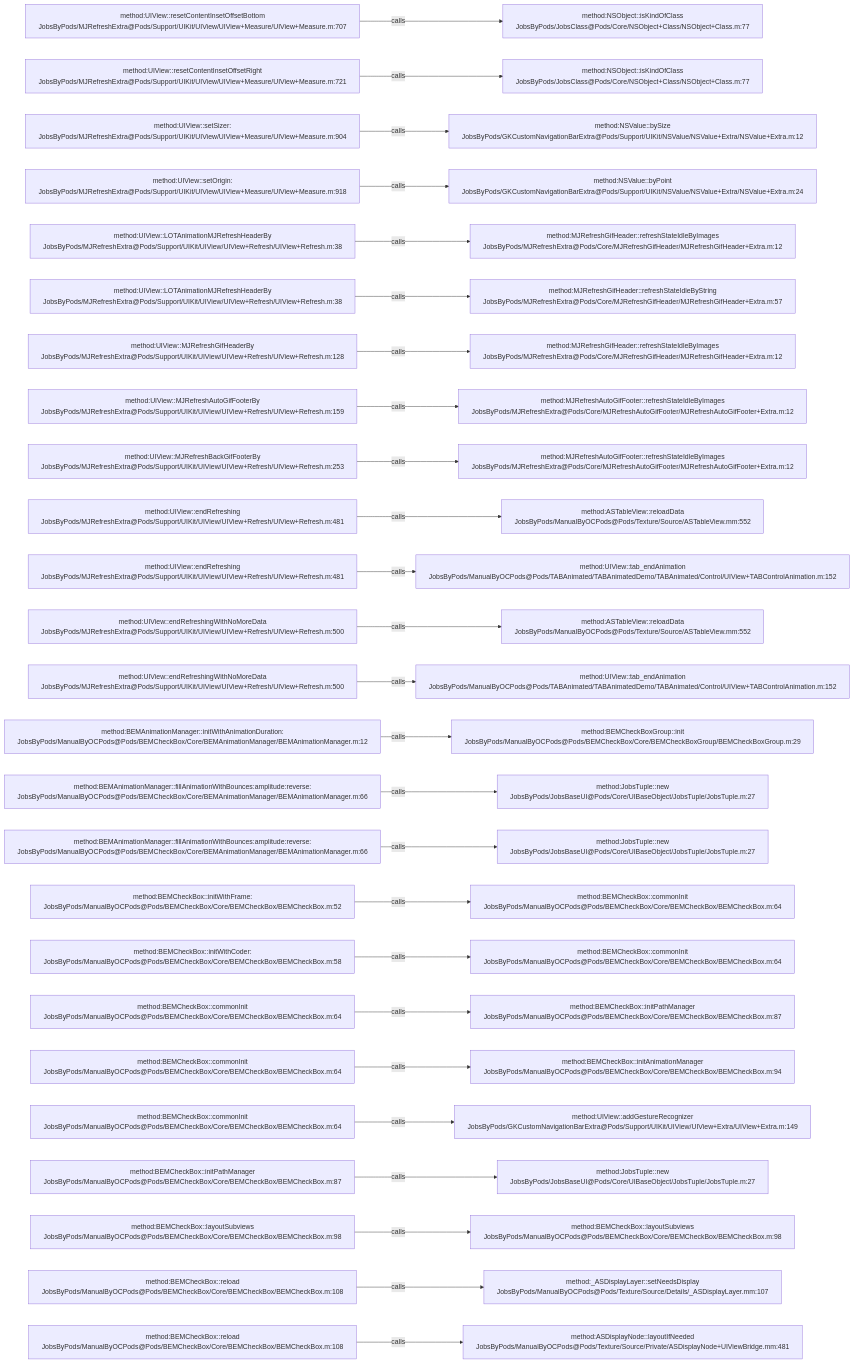
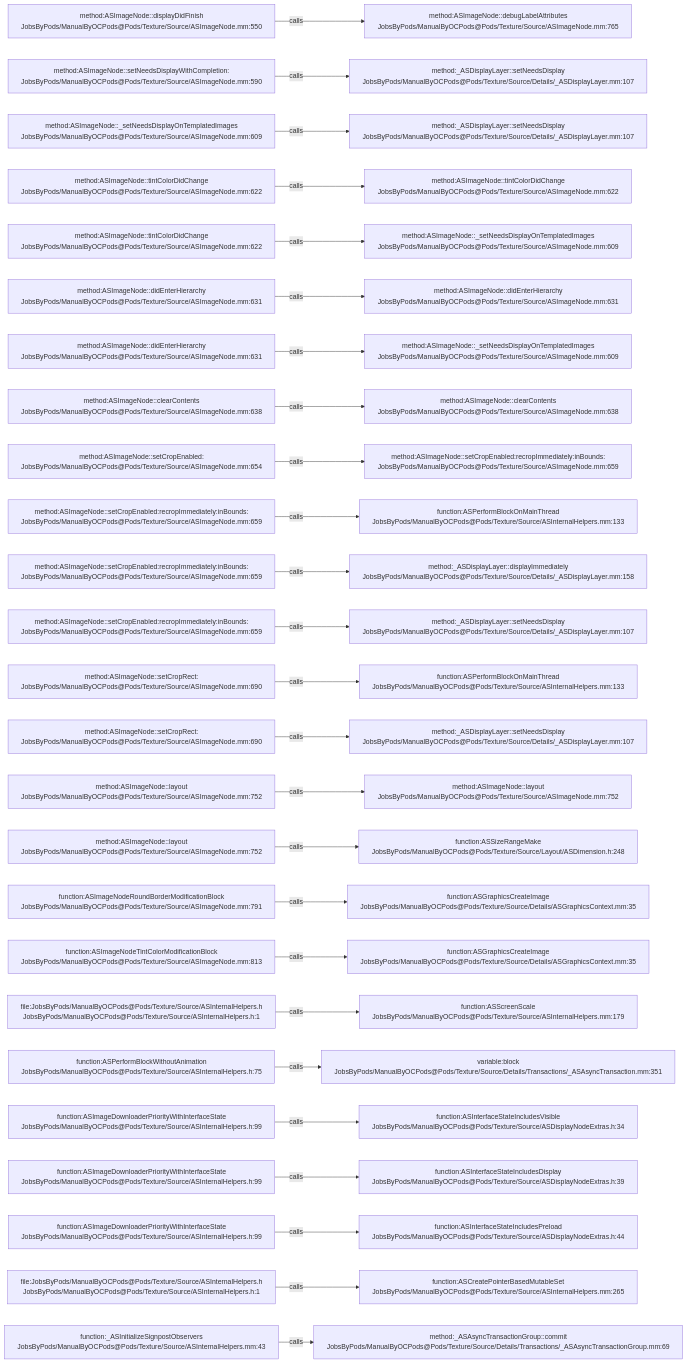
Before and after one commit to JobsKits/JobsOCBaseConfigDemo: the diagram in .codegraph/codegraph.md/graphs/calls-118.md, drawn with Mermaid. The commit also changed 2162 other files, not shown here.

````diff
--- a/.codegraph/codegraph.md/graphs/calls-118.md
+++ b/.codegraph/codegraph.md/graphs/calls-118.md
@@ -13,78 +13,78 @@
 ```mermaid
 flowchart LR
-  S1["method:UIView::resetContentInsetOffsetBottom<br/>JobsByPods/MJRefreshExtra@Pods/Support/UIKit/UIView/UIView+Measure/UIView+Measure.m:707"]
-  T1["method:NSObject::isKindOfClass<br/>JobsByPods/JobsClass@Pods/Core/NSObject+Class/NSObject+Class.m:77"]
+  S1["method:ASImageNode::displayDidFinish<br/>JobsByPods/ManualByOCPods@Pods/Texture/Source/ASImageNode.mm:550"]
+  T1["method:ASImageNode::debugLabelAttributes<br/>JobsByPods/ManualByOCPods@Pods/Texture/Source/ASImageNode.mm:765"]
   S1 -->|calls| T1
-  S2["method:UIView::resetContentInsetOffsetRight<br/>JobsByPods/MJRefreshExtra@Pods/Support/UIKit/UIView/UIView+Measure/UIView+Measure.m:721"]
-  T2["method:NSObject::isKindOfClass<br/>JobsByPods/JobsClass@Pods/Core/NSObject+Class/NSObject+Class.m:77"]
+  S2["method:ASImageNode::setNeedsDisplayWithCompletion:<br/>JobsByPods/ManualByOCPods@Pods/Texture/Source/ASImageNode.mm:590"]
+  T2["method:_ASDisplayLayer::setNeedsDisplay<br/>JobsByPods/ManualByOCPods@Pods/Texture/Source/Details/_ASDisplayLayer.mm:107"]
   S2 -->|calls| T2
-  S3["method:UIView::setSizer:<br/>JobsByPods/MJRefreshExtra@Pods/Support/UIKit/UIView/UIView+Measure/UIView+Measure.m:904"]
-  T3["method:NSValue::bySize<br/>JobsByPods/GKCustomNavigationBarExtra@Pods/Support/UIKit/NSValue/NSValue+Extra/NSValue+Extra.m:12"]
+  S3["method:ASImageNode::_setNeedsDisplayOnTemplatedImages<br/>JobsByPods/ManualByOCPods@Pods/Texture/Source/ASImageNode.mm:609"]
+  T3["method:_ASDisplayLayer::setNeedsDisplay<br/>JobsByPods/ManualByOCPods@Pods/Texture/Source/Details/_ASDisplayLayer.mm:107"]
   S3 -->|calls| T3
-  S4["method:UIView::setOrigin:<br/>JobsByPods/MJRefreshExtra@Pods/Support/UIKit/UIView/UIView+Measure/UIView+Measure.m:918"]
-  T4["method:NSValue::byPoint<br/>JobsByPods/GKCustomNavigationBarExtra@Pods/Support/UIKit/NSValue/NSValue+Extra/NSValue+Extra.m:24"]
+  S4["method:ASImageNode::tintColorDidChange<br/>JobsByPods/ManualByOCPods@Pods/Texture/Source/ASImageNode.mm:622"]
+  T4["method:ASImageNode::tintColorDidChange<br/>JobsByPods/ManualByOCPods@Pods/Texture/Source/ASImageNode.mm:622"]
   S4 -->|calls| T4
-  S5["method:UIView::LOTAnimationMJRefreshHeaderBy<br/>JobsByPods/MJRefreshExtra@Pods/Support/UIKit/UIView/UIView+Refresh/UIView+Refresh.m:38"]
-  T5["method:MJRefreshGifHeader::refreshStateIdleByImages<br/>JobsByPods/MJRefreshExtra@Pods/Core/MJRefreshGifHeader/MJRefreshGifHeader+Extra.m:12"]
+  S5["method:ASImageNode::tintColorDidChange<br/>JobsByPods/ManualByOCPods@Pods/Texture/Source/ASImageNode.mm:622"]
+  T5["method:ASImageNode::_setNeedsDisplayOnTemplatedImages<br/>JobsByPods/ManualByOCPods@Pods/Texture/Source/ASImageNode.mm:609"]
   S5 -->|calls| T5
-  S6["method:UIView::LOTAnimationMJRefreshHeaderBy<br/>JobsByPods/MJRefreshExtra@Pods/Support/UIKit/UIView/UIView+Refresh/UIView+Refresh.m:38"]
-  T6["method:MJRefreshGifHeader::refreshStateIdleByString<br/>JobsByPods/MJRefreshExtra@Pods/Core/MJRefreshGifHeader/MJRefreshGifHeader+Extra.m:57"]
+  S6["method:ASImageNode::didEnterHierarchy<br/>JobsByPods/ManualByOCPods@Pods/Texture/Source/ASImageNode.mm:631"]
+  T6["method:ASImageNode::didEnterHierarchy<br/>JobsByPods/ManualByOCPods@Pods/Texture/Source/ASImageNode.mm:631"]
   S6 -->|calls| T6
-  S7["method:UIView::MJRefreshGifHeaderBy<br/>JobsByPods/MJRefreshExtra@Pods/Support/UIKit/UIView/UIView+Refresh/UIView+Refresh.m:128"]
-  T7["method:MJRefreshGifHeader::refreshStateIdleByImages<br/>JobsByPods/MJRefreshExtra@Pods/Core/MJRefreshGifHeader/MJRefreshGifHeader+Extra.m:12"]
+  S7["method:ASImageNode::didEnterHierarchy<br/>JobsByPods/ManualByOCPods@Pods/Texture/Source/ASImageNode.mm:631"]
+  T7["method:ASImageNode::_setNeedsDisplayOnTemplatedImages<br/>JobsByPods/ManualByOCPods@Pods/Texture/Source/ASImageNode.mm:609"]
   S7 -->|calls| T7
-  S8["method:UIView::MJRefreshAutoGifFooterBy<br/>JobsByPods/MJRefreshExtra@Pods/Support/UIKit/UIView/UIView+Refresh/UIView+Refresh.m:159"]
-  T8["method:MJRefreshAutoGifFooter::refreshStateIdleByImages<br/>JobsByPods/MJRefreshExtra@Pods/Core/MJRefreshAutoGifFooter/MJRefreshAutoGifFooter+Extra.m:12"]
+  S8["method:ASImageNode::clearContents<br/>JobsByPods/ManualByOCPods@Pods/Texture/Source/ASImageNode.mm:638"]
+  T8["method:ASImageNode::clearContents<br/>JobsByPods/ManualByOCPods@Pods/Texture/Source/ASImageNode.mm:638"]
   S8 -->|calls| T8
-  S9["method:UIView::MJRefreshBackGifFooterBy<br/>JobsByPods/MJRefreshExtra@Pods/Support/UIKit/UIView/UIView+Refresh/UIView+Refresh.m:253"]
-  T9["method:MJRefreshAutoGifFooter::refreshStateIdleByImages<br/>JobsByPods/MJRefreshExtra@Pods/Core/MJRefreshAutoGifFooter/MJRefreshAutoGifFooter+Extra.m:12"]
+  S9["method:ASImageNode::setCropEnabled:<br/>JobsByPods/ManualByOCPods@Pods/Texture/Source/ASImageNode.mm:654"]
+  T9["method:ASImageNode::setCropEnabled:recropImmediately:inBounds:<br/>JobsByPods/ManualByOCPods@Pods/Texture/Source/ASImageNode.mm:659"]
   S9 -->|calls| T9
-  S10["method:UIView::endRefreshing<br/>JobsByPods/MJRefreshExtra@Pods/Support/UIKit/UIView/UIView+Refresh/UIView+Refresh.m:481"]
-  T10["method:ASTableView::reloadData<br/>JobsByPods/ManualByOCPods@Pods/Texture/Source/ASTableView.mm:552"]
+  S10["method:ASImageNode::setCropEnabled:recropImmediately:inBounds:<br/>JobsByPods/ManualByOCPods@Pods/Texture/Source/ASImageNode.mm:659"]
+  T10["function:ASPerformBlockOnMainThread<br/>JobsByPods/ManualByOCPods@Pods/Texture/Source/ASInternalHelpers.mm:133"]
   S10 -->|calls| T10
-  S11["method:UIView::endRefreshing<br/>JobsByPods/MJRefreshExtra@Pods/Support/UIKit/UIView/UIView+Refresh/UIView+Refresh.m:481"]
-  T11["method:UIView::tab_endAnimation<br/>JobsByPods/ManualByOCPods@Pods/TABAnimated/TABAnimatedDemo/TABAnimated/Control/UIView+TABControlAnimation.m:152"]
+  S11["method:ASImageNode::setCropEnabled:recropImmediately:inBounds:<br/>JobsByPods/ManualByOCPods@Pods/Texture/Source/ASImageNode.mm:659"]
+  T11["method:_ASDisplayLayer::displayImmediately<br/>JobsByPods/ManualByOCPods@Pods/Texture/Source/Details/_ASDisplayLayer.mm:158"]
   S11 -->|calls| T11
-  S12["method:UIView::endRefreshingWithNoMoreData<br/>JobsByPods/MJRefreshExtra@Pods/Support/UIKit/UIView/UIView+Refresh/UIView+Refresh.m:500"]
-  T12["method:ASTableView::reloadData<br/>JobsByPods/ManualByOCPods@Pods/Texture/Source/ASTableView.mm:552"]
+  S12["method:ASImageNode::setCropEnabled:recropImmediately:inBounds:<br/>JobsByPods/ManualByOCPods@Pods/Texture/Source/ASImageNode.mm:659"]
+  T12["method:_ASDisplayLayer::setNeedsDisplay<br/>JobsByPods/ManualByOCPods@Pods/Texture/Source/Details/_ASDisplayLayer.mm:107"]
   S12 -->|calls| T12
-  S13["method:UIView::endRefreshingWithNoMoreData<br/>JobsByPods/MJRefreshExtra@Pods/Support/UIKit/UIView/UIView+Refresh/UIView+Refresh.m:500"]
-  T13["method:UIView::tab_endAnimation<br/>JobsByPods/ManualByOCPods@Pods/TABAnimated/TABAnimatedDemo/TABAnimated/Control/UIView+TABControlAnimation.m:152"]
+  S13["method:ASImageNode::setCropRect:<br/>JobsByPods/ManualByOCPods@Pods/Texture/Source/ASImageNode.mm:690"]
+  T13["function:ASPerformBlockOnMainThread<br/>JobsByPods/ManualByOCPods@Pods/Texture/Source/ASInternalHelpers.mm:133"]
   S13 -->|calls| T13
-  S14["method:BEMAnimationManager::initWithAnimationDuration:<br/>JobsByPods/ManualByOCPods@Pods/BEMCheckBox/Core/BEMAnimationManager/BEMAnimationManager.m:12"]
-  T14["method:BEMCheckBoxGroup::init<br/>JobsByPods/ManualByOCPods@Pods/BEMCheckBox/Core/BEMCheckBoxGroup/BEMCheckBoxGroup.m:29"]
+  S14["method:ASImageNode::setCropRect:<br/>JobsByPods/ManualByOCPods@Pods/Texture/Source/ASImageNode.mm:690"]
+  T14["method:_ASDisplayLayer::setNeedsDisplay<br/>JobsByPods/ManualByOCPods@Pods/Texture/Source/Details/_ASDisplayLayer.mm:107"]
   S14 -->|calls| T14
-  S15["method:BEMAnimationManager::fillAnimationWithBounces:amplitude:reverse:<br/>JobsByPods/ManualByOCPods@Pods/BEMCheckBox/Core/BEMAnimationManager/BEMAnimationManager.m:66"]
-  T15["method:JobsTuple::new<br/>JobsByPods/JobsBaseUI@Pods/Core/UIBaseObject/JobsTuple/JobsTuple.m:27"]
+  S15["method:ASImageNode::layout<br/>JobsByPods/ManualByOCPods@Pods/Texture/Source/ASImageNode.mm:752"]
+  T15["method:ASImageNode::layout<br/>JobsByPods/ManualByOCPods@Pods/Texture/Source/ASImageNode.mm:752"]
   S15 -->|calls| T15
-  S16["method:BEMAnimationManager::fillAnimationWithBounces:amplitude:reverse:<br/>JobsByPods/ManualByOCPods@Pods/BEMCheckBox/Core/BEMAnimationManager/BEMAnimationManager.m:66"]
-  T16["method:JobsTuple::new<br/>JobsByPods/JobsBaseUI@Pods/Core/UIBaseObject/JobsTuple/JobsTuple.m:27"]
+  S16["method:ASImageNode::layout<br/>JobsByPods/ManualByOCPods@Pods/Texture/Source/ASImageNode.mm:752"]
+  T16["function:ASSizeRangeMake<br/>JobsByPods/ManualByOCPods@Pods/Texture/Source/Layout/ASDimension.h:248"]
   S16 -->|calls| T16
-  S17["method:BEMCheckBox::initWithFrame:<br/>JobsByPods/ManualByOCPods@Pods/BEMCheckBox/Core/BEMCheckBox/BEMCheckBox.m:52"]
-  T17["method:BEMCheckBox::commonInit<br/>JobsByPods/ManualByOCPods@Pods/BEMCheckBox/Core/BEMCheckBox/BEMCheckBox.m:64"]
+  S17["function:ASImageNodeRoundBorderModificationBlock<br/>JobsByPods/ManualByOCPods@Pods/Texture/Source/ASImageNode.mm:791"]
+  T17["function:ASGraphicsCreateImage<br/>JobsByPods/ManualByOCPods@Pods/Texture/Source/Details/ASGraphicsContext.mm:35"]
   S17 -->|calls| T17
-  S18["method:BEMCheckBox::initWithCoder:<br/>JobsByPods/ManualByOCPods@Pods/BEMCheckBox/Core/BEMCheckBox/BEMCheckBox.m:58"]
-  T18["method:BEMCheckBox::commonInit<br/>JobsByPods/ManualByOCPods@Pods/BEMCheckBox/Core/BEMCheckBox/BEMCheckBox.m:64"]
+  S18["function:ASImageNodeTintColorModificationBlock<br/>JobsByPods/ManualByOCPods@Pods/Texture/Source/ASImageNode.mm:813"]
+  T18["function:ASGraphicsCreateImage<br/>JobsByPods/ManualByOCPods@Pods/Texture/Source/Details/ASGraphicsContext.mm:35"]
   S18 -->|calls| T18
-  S19["method:BEMCheckBox::commonInit<br/>JobsByPods/ManualByOCPods@Pods/BEMCheckBox/Core/BEMCheckBox/BEMCheckBox.m:64"]
-  T19["method:BEMCheckBox::initPathManager<br/>JobsByPods/ManualByOCPods@Pods/BEMCheckBox/Core/BEMCheckBox/BEMCheckBox.m:87"]
+  S19["file:JobsByPods/ManualByOCPods@Pods/Texture/Source/ASInternalHelpers.h<br/>JobsByPods/ManualByOCPods@Pods/Texture/Source/ASInternalHelpers.h:1"]
+  T19["function:ASScreenScale<br/>JobsByPods/ManualByOCPods@Pods/Texture/Source/ASInternalHelpers.mm:179"]
   S19 -->|calls| T19
-  S20["method:BEMCheckBox::commonInit<br/>JobsByPods/ManualByOCPods@Pods/BEMCheckBox/Core/BEMCheckBox/BEMCheckBox.m:64"]
-  T20["method:BEMCheckBox::initAnimationManager<br/>JobsByPods/ManualByOCPods@Pods/BEMCheckBox/Core/BEMCheckBox/BEMCheckBox.m:94"]
+  S20["function:ASPerformBlockWithoutAnimation<br/>JobsByPods/ManualByOCPods@Pods/Texture/Source/ASInternalHelpers.h:75"]
+  T20["variable:block<br/>JobsByPods/ManualByOCPods@Pods/Texture/Source/Details/Transactions/_ASAsyncTransaction.mm:351"]
   S20 -->|calls| T20
-  S21["method:BEMCheckBox::commonInit<br/>JobsByPods/ManualByOCPods@Pods/BEMCheckBox/Core/BEMCheckBox/BEMCheckBox.m:64"]
-  T21["method:UIView::addGestureRecognizer<br/>JobsByPods/GKCustomNavigationBarExtra@Pods/Support/UIKit/UIView/UIView+Extra/UIView+Extra.m:149"]
+  S21["function:ASImageDownloaderPriorityWithInterfaceState<br/>JobsByPods/ManualByOCPods@Pods/Texture/Source/ASInternalHelpers.h:99"]
+  T21["function:ASInterfaceStateIncludesVisible<br/>JobsByPods/ManualByOCPods@Pods/Texture/Source/ASDisplayNodeExtras.h:34"]
   S21 -->|calls| T21
-  S22["method:BEMCheckBox::initPathManager<br/>JobsByPods/ManualByOCPods@Pods/BEMCheckBox/Core/BEMCheckBox/BEMCheckBox.m:87"]
-  T22["method:JobsTuple::new<br/>JobsByPods/JobsBaseUI@Pods/Core/UIBaseObject/JobsTuple/JobsTuple.m:27"]
+  S22["function:ASImageDownloaderPriorityWithInterfaceState<br/>JobsByPods/ManualByOCPods@Pods/Texture/Source/ASInternalHelpers.h:99"]
+  T22["function:ASInterfaceStateIncludesDisplay<br/>JobsByPods/ManualByOCPods@Pods/Texture/Source/ASDisplayNodeExtras.h:39"]
   S22 -->|calls| T22
-  S23["method:BEMCheckBox::layoutSubviews<br/>JobsByPods/ManualByOCPods@Pods/BEMCheckBox/Core/BEMCheckBox/BEMCheckBox.m:98"]
-  T23["method:BEMCheckBox::layoutSubviews<br/>JobsByPods/ManualByOCPods@Pods/BEMCheckBox/Core/BEMCheckBox/BEMCheckBox.m:98"]
+  S23["function:ASImageDownloaderPriorityWithInterfaceState<br/>JobsByPods/ManualByOCPods@Pods/Texture/Source/ASInternalHelpers.h:99"]
+  T23["function:ASInterfaceStateIncludesPreload<br/>JobsByPods/ManualByOCPods@Pods/Texture/Source/ASDisplayNodeExtras.h:44"]
   S23 -->|calls| T23
-  S24["method:BEMCheckBox::reload<br/>JobsByPods/ManualByOCPods@Pods/BEMCheckBox/Core/BEMCheckBox/BEMCheckBox.m:108"]
-  T24["method:_ASDisplayLayer::setNeedsDisplay<br/>JobsByPods/ManualByOCPods@Pods/Texture/Source/Details/_ASDisplayLayer.mm:107"]
+  S24["file:JobsByPods/ManualByOCPods@Pods/Texture/Source/ASInternalHelpers.h<br/>JobsByPods/ManualByOCPods@Pods/Texture/Source/ASInternalHelpers.h:1"]
+  T24["function:ASCreatePointerBasedMutableSet<br/>JobsByPods/ManualByOCPods@Pods/Texture/Source/ASInternalHelpers.mm:265"]
   S24 -->|calls| T24
-  S25["method:BEMCheckBox::reload<br/>JobsByPods/ManualByOCPods@Pods/BEMCheckBox/Core/BEMCheckBox/BEMCheckBox.m:108"]
-  T25["method:ASDisplayNode::layoutIfNeeded<br/>JobsByPods/ManualByOCPods@Pods/Texture/Source/Private/ASDisplayNode+UIViewBridge.mm:481"]
+  S25["function:_ASInitializeSignpostObservers<br/>JobsByPods/ManualByOCPods@Pods/Texture/Source/ASInternalHelpers.mm:43"]
+  T25["method:_ASAsyncTransactionGroup::commit<br/>JobsByPods/ManualByOCPods@Pods/Texture/Source/Details/Transactions/_ASAsyncTransactionGroup.mm:69"]
   S25 -->|calls| T25
 ```
````
